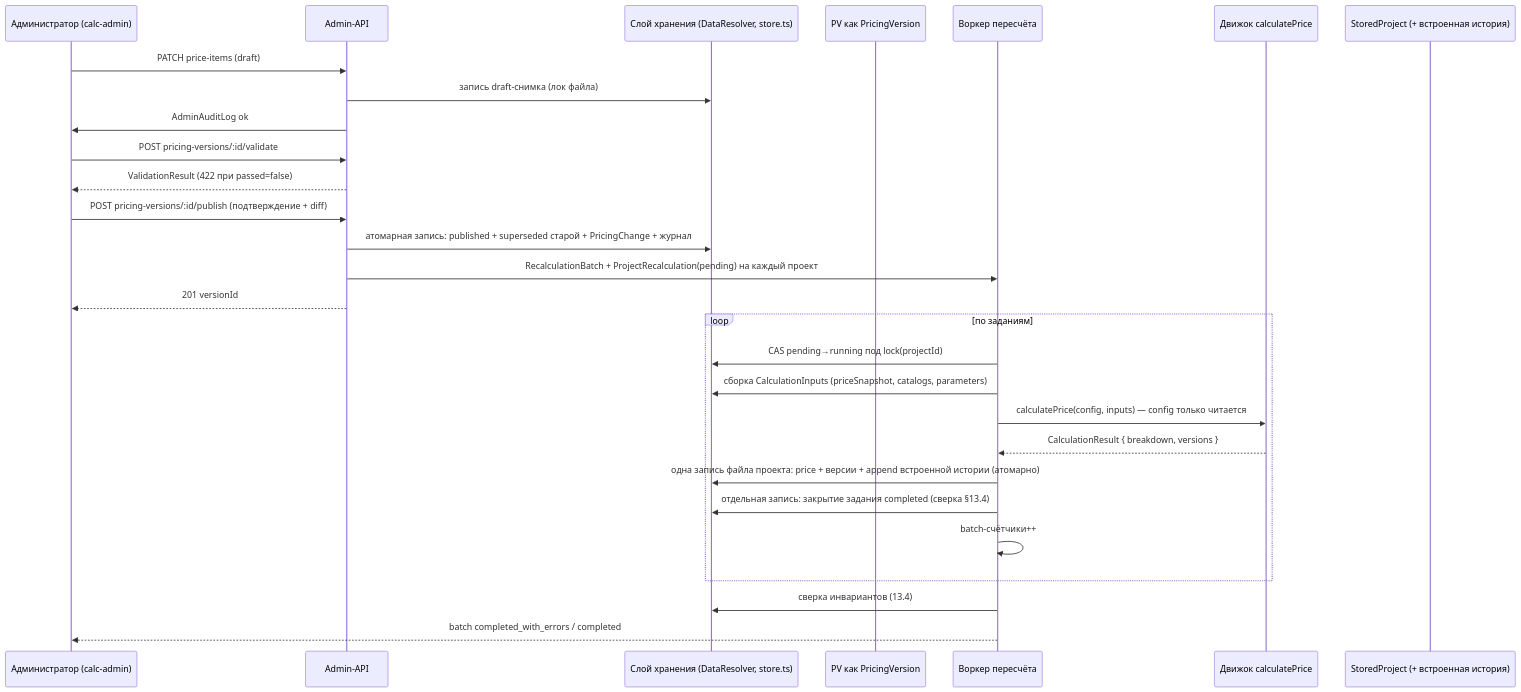
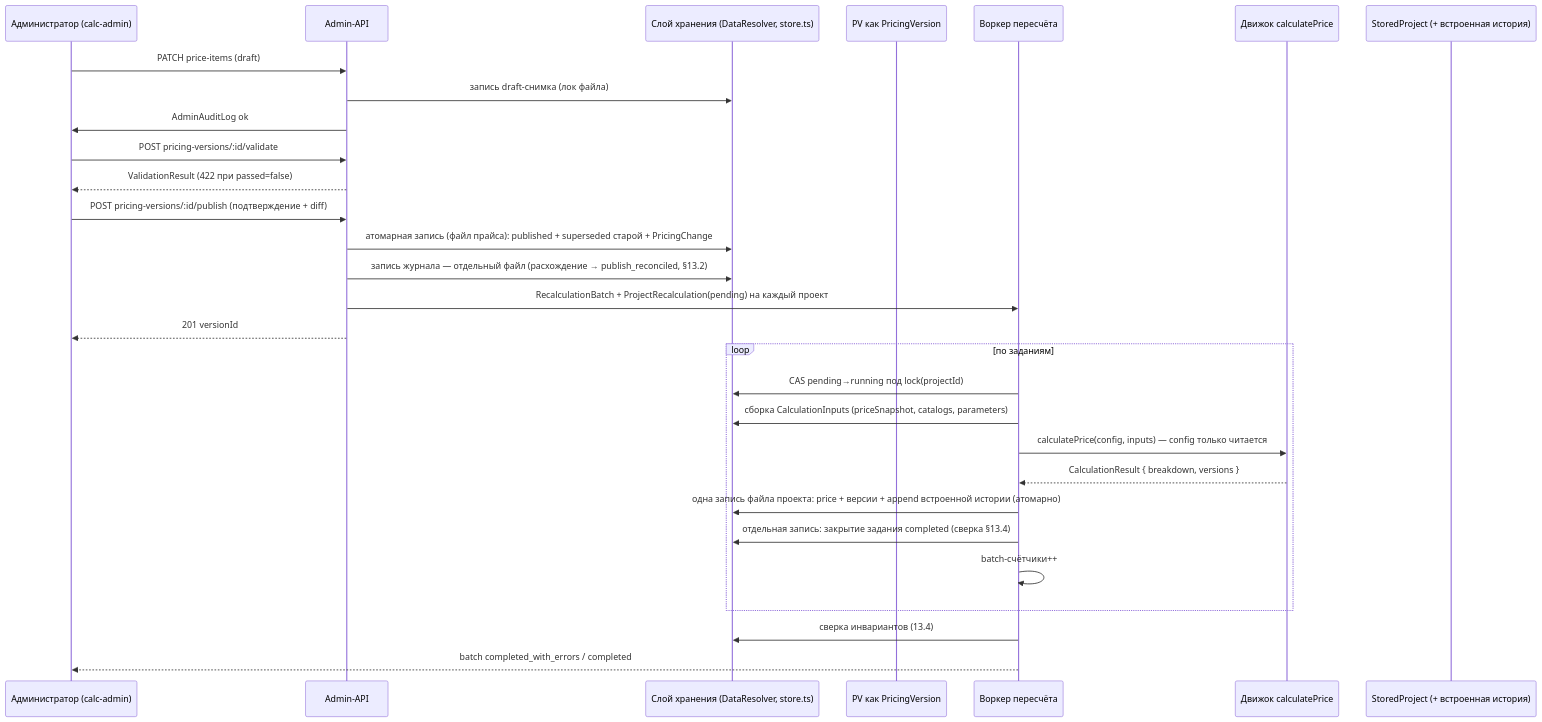
Before and after one commit to ilin69mark-hub/FORMAKUB: the third of 7 diagrams in docs/CALCULATION_ADMIN/CALCULATION_ADMIN_DATA_AND_VERSIONING_DESIGN.md, drawn with Mermaid. The commit also changed other lines of this file and 2 other files, not shown here.

````diff
--- a/docs/CALCULATION_ADMIN/CALCULATION_ADMIN_DATA_AND_VERSIONING_DESIGN.md
+++ b/docs/CALCULATION_ADMIN/CALCULATION_ADMIN_DATA_AND_VERSIONING_DESIGN.md
@@ -1392,31 +1414,32 @@
 ```mermaid
 sequenceDiagram
     participant A as Администратор (calc-admin)
     participant API as Admin-API
     participant ST as Слой хранения (DataResolver, store.ts)
     participant PV как PricingVersion
     participant W as Воркер пересчёта
     participant E as Движок calculatePrice
     participant P as StoredProject (+ встроенная история)
 
     A->>API: PATCH price-items (draft)
     API->>ST: запись draft-снимка (лок файла)
     API->>A: AdminAuditLog ok
     A->>API: POST pricing-versions/:id/validate
     API-->>A: ValidationResult (422 при passed=false)
     A->>API: POST pricing-versions/:id/publish (подтверждение + diff)
-    API->>ST: атомарная запись: published + superseded старой + PricingChange + журнал
+    API->>ST: атомарная запись (файл прайса): published + superseded старой + PricingChange
+    API->>ST: запись журнала — отдельный файл (расхождение → publish_reconciled, §13.2)
     API->>W: RecalculationBatch + ProjectRecalculation(pending) на каждый проект
     API-->>A: 201 versionId
     loop по заданиям
         W->>ST: CAS pending→running под lock(projectId)
         W->>ST: сборка CalculationInputs (priceSnapshot, catalogs, parameters)
         W->>E: calculatePrice(config, inputs) — config только читается
         E-->>W: CalculationResult { breakdown, versions }
         W->>ST: одна запись файла проекта: price + версии + append встроенной истории (атомарно)
         W->>ST: отдельная запись: закрытие задания completed (сверка §13.4)
         W->>W: batch-счётчики++
     end
     W->>ST: сверка инвариантов (13.4)
     W-->>A: batch completed_with_errors / completed
 ```
````
